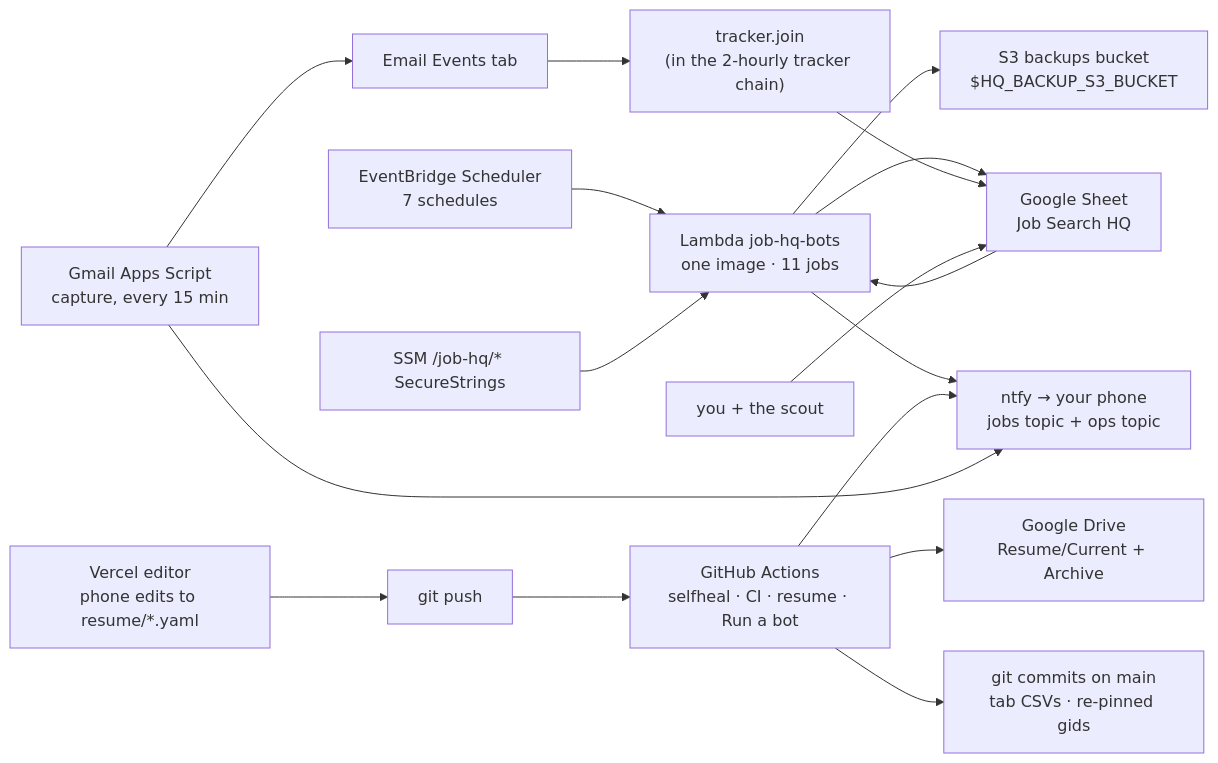
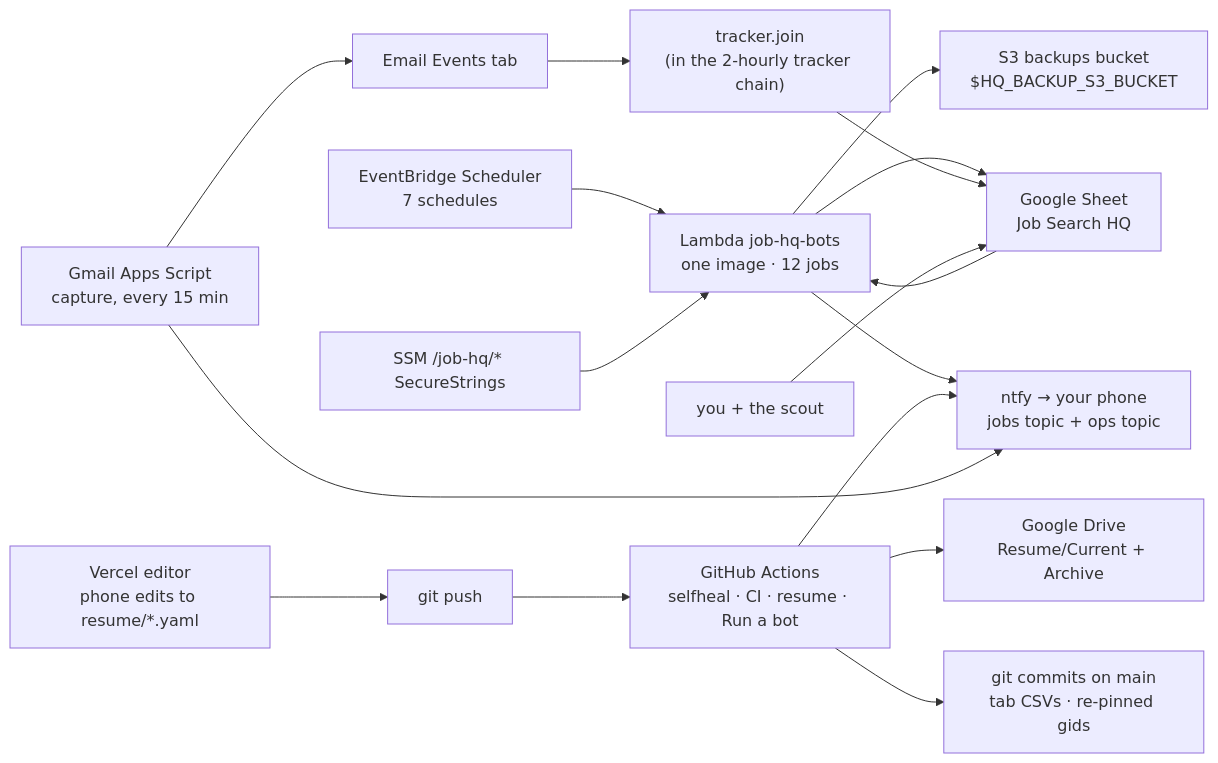
One commit to s0shaheen/job-hq changed the first of 2 diagrams in docs/SYSTEM.md. Above: the diagram before and after it, drawn with Mermaid. The commit also changed other lines of this file and 36 other files, not shown here.

````diff
--- a/docs/SYSTEM.md
+++ b/docs/SYSTEM.md
@@ -169,17 +169,17 @@
 ```mermaid
 flowchart LR
-    EB["EventBridge Scheduler<br/>7 schedules"] --> LAM["Lambda job-hq-bots<br/>one image · 11 jobs"]
+    EB["EventBridge Scheduler<br/>7 schedules"] --> LAM["Lambda job-hq-bots<br/>one image · 12 jobs"]
     SSM["SSM /job-hq/* SecureStrings"] --> LAM
     LAM --> SHEET["Google Sheet<br/>Job Search HQ"]
     LAM --> S3["S3 backups bucket<br/>$HQ_BACKUP_S3_BUCKET"]
     LAM --> NTFY["ntfy → your phone<br/>jobs topic + ops topic"]
     ACT["GitHub Actions<br/>selfheal · CI · resume · Run a bot"] --> GIT["git commits on main<br/>tab CSVs · re-pinned gids"]
     ACT --> DRIVE["Google Drive<br/>Resume/Current + Archive"]
     ACT --> NTFY
     GS["Gmail Apps Script<br/>capture, every 15 min"] --> EV["Email Events tab"]
     EV --> JOIN["tracker.join<br/>(in the 2-hourly tracker chain)"] --> SHEET
     GS --> NTFY
     ED["Vercel editor<br/>phone edits to resume/*.yaml"] --> PUSH["git push"] --> ACT
     HUMAN["you + the scout"] --> SHEET
     SHEET --> LAM
 ```
````
